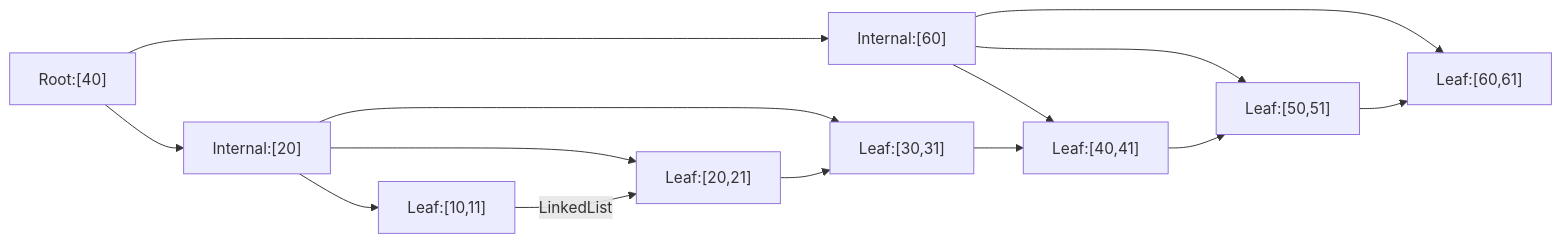
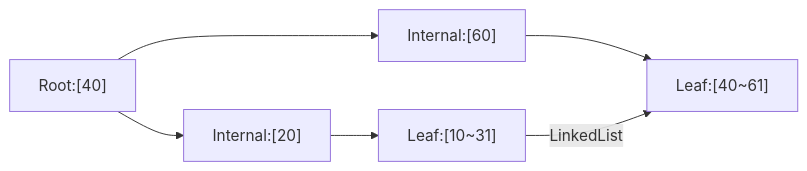
One commit to yjkim2015/yjkim2015.github.io changed the first of 5 diagrams in _posts/db/2026-05-01-db-index.md. Above: the diagram before and after it, drawn with Mermaid. The commit also changed 163 other files, not shown here.

First line of the commit message:
Mermaid 300개 블록 내용 축소: 5노드 5엣지 이하, 의미 있는 약어

````diff
--- a/_posts/db/2026-05-01-db-index.md
+++ b/_posts/db/2026-05-01-db-index.md
@@ -44,7 +44,8 @@
 ```mermaid
 graph LR
-    R["Root:[40]"] --> I1["Internal:[20]"] & I2["Internal:[60]"]
-    I1 --> L1["Leaf:[10,11]"] & L2["Leaf:[20,21]"] & L3["Leaf:[30,31]"]
-    I2 --> L4["Leaf:[40,41]"] & L5["Leaf:[50,51]"] & L6["Leaf:[60,61]"]
-    L1 -->|LinkedList| L2 --> L3 --> L4 --> L5 --> L6
+    R["Root:[40]"] --> I1["Internal:[20]"]
+    R --> I2["Internal:[60]"]
+    I1 --> L1["Leaf:[10~31]"]
+    I2 --> L2["Leaf:[40~61]"]
+    L1 -->|"LinkedList"| L2
 ```
````
